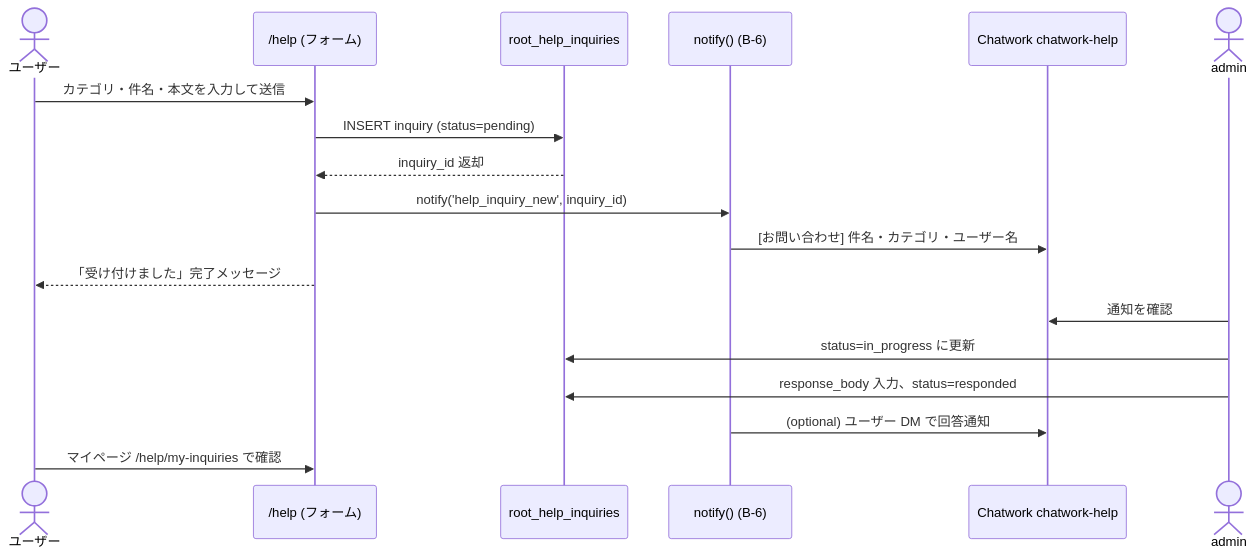
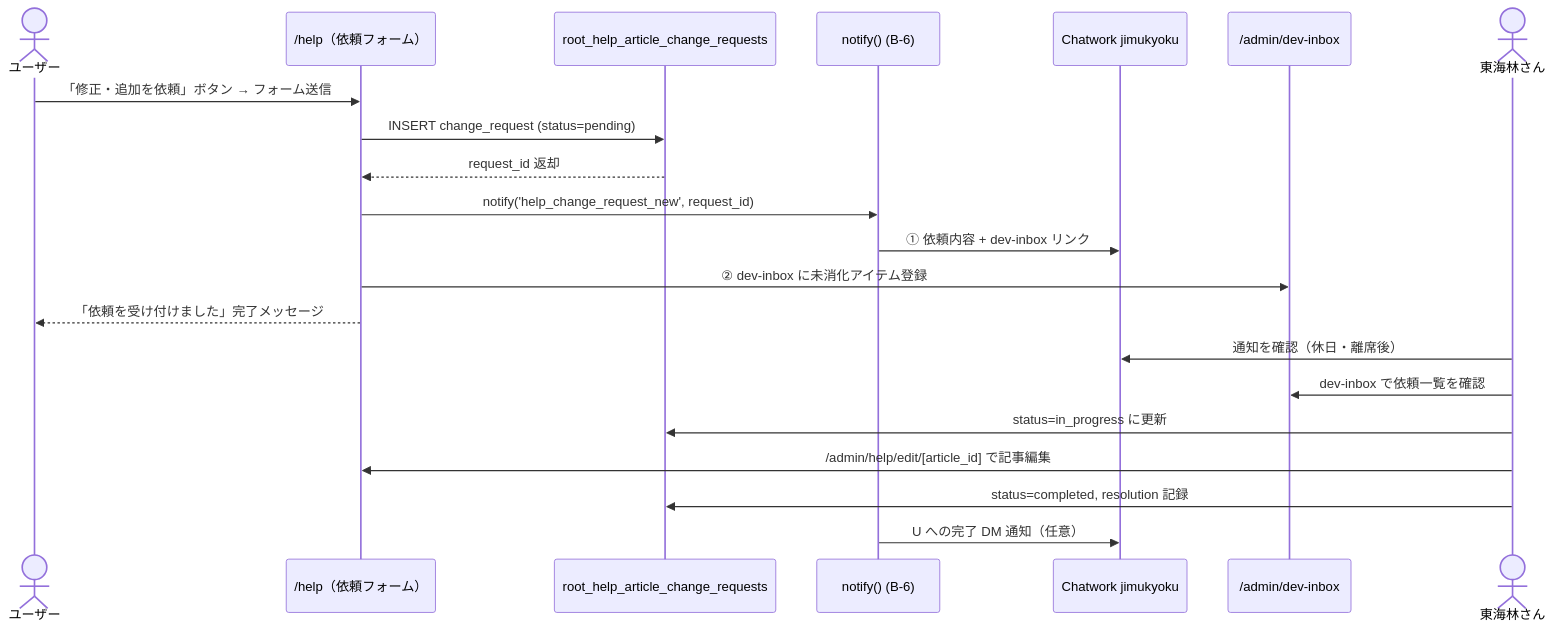
Before and after one commit to Hyuaran/garden: the second of 2 diagrams in docs/specs/2026-04-26-root-help-module.md, drawn with Mermaid. The commit also changed other lines of this file, not shown here.

First line of the commit message:
docs(root): ヘルプ spec に Cat 2 全 7 件 (#10 編集禁止化 + #14 dev-inbox 拡張) ([a-root])

````diff
--- a/docs/specs/2026-04-26-root-help-module.md
+++ b/docs/specs/2026-04-26-root-help-module.md
@@ -717,22 +1021,25 @@
 ```mermaid
 sequenceDiagram
     actor U as ユーザー
-    participant F as /help (フォーム)
-    participant DB as root_help_inquiries
+    participant F as /help（依頼フォーム）
+    participant DB as root_help_article_change_requests
     participant N as notify() (B-6)
-    participant CW as Chatwork chatwork-help
-    actor A as admin
+    participant CW as Chatwork jimukyoku
+    participant DI as /admin/dev-inbox
+    actor T as 東海林さん
 
-    U->>F: カテゴリ・件名・本文を入力して送信
-    F->>DB: INSERT inquiry (status=pending)
-    DB-->>F: inquiry_id 返却
-    F->>N: notify('help_inquiry_new', inquiry_id)
-    N->>CW: [お問い合わせ] 件名・カテゴリ・ユーザー名
-    F-->>U: 「受け付けました」完了メッセージ
+    U->>F: 「修正・追加を依頼」ボタン → フォーム送信
+    F->>DB: INSERT change_request (status=pending)
+    DB-->>F: request_id 返却
+    F->>N: notify('help_change_request_new', request_id)
+    N->>CW: ① 依頼内容 + dev-inbox リンク
+    F->>DI: ② dev-inbox に未消化アイテム登録
+    F-->>U: 「依頼を受け付けました」完了メッセージ
 
-    A->>CW: 通知を確認
-    A->>DB: status=in_progress に更新
-    A->>DB: response_body 入力、status=responded
-    N->>CW: (optional) ユーザー DM で回答通知
-    U->>F: マイページ /help/my-inquiries で確認
+    T->>CW: 通知を確認（休日・離席後）
+    T->>DI: dev-inbox で依頼一覧を確認
+    T->>DB: status=in_progress に更新
+    T->>F: /admin/help/edit/[article_id] で記事編集
+    T->>DB: status=completed, resolution 記録
+    N->>CW: U への完了 DM 通知（任意）
 ```
````
